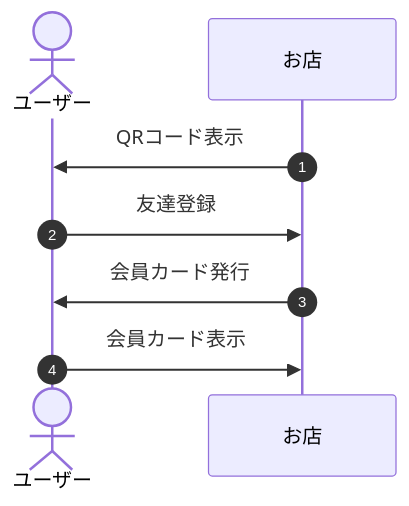
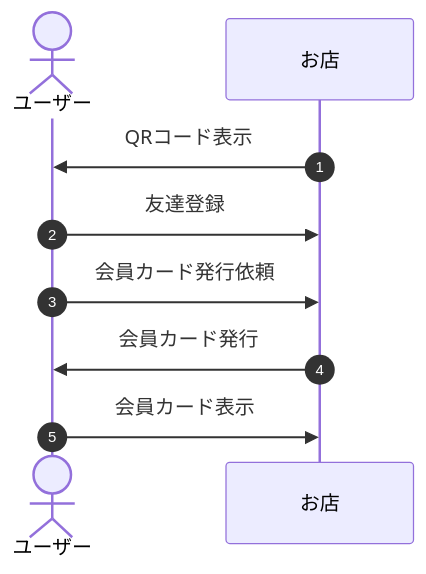
Before and after one commit to mitsuoka0423/notes: the first of 2 diagrams in books/handson-members-card-laravel-react-line/system.md, drawn with Mermaid.

````diff
--- a/books/handson-members-card-laravel-react-line/system.md
+++ b/books/handson-members-card-laravel-react-line/system.md
@@ -7,10 +7,11 @@
 ```mermaid
 sequenceDiagram
   autonumber
   actor ユーザー
   participant お店
   お店 ->> ユーザー: QRコード表示
   ユーザー ->> お店: 友達登録
+  ユーザー ->> お店: 会員カード発行依頼
   お店 ->> ユーザー: 会員カード発行
   ユーザー ->> お店: 会員カード表示
 ```
````
